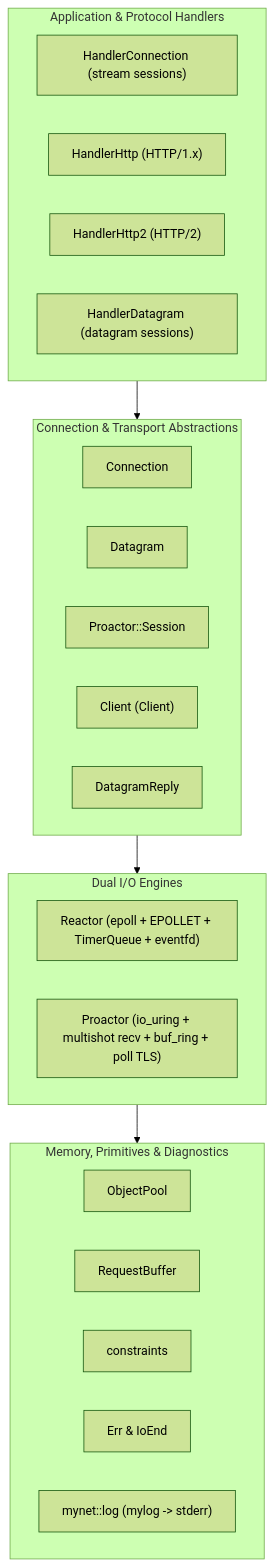
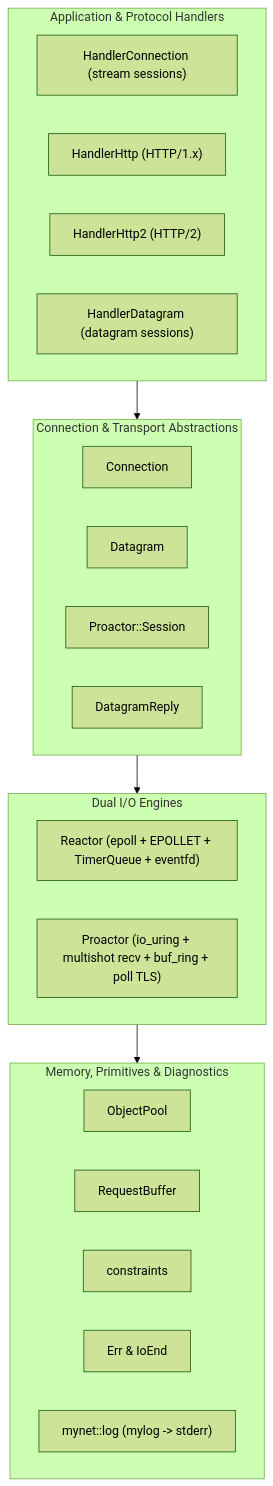
The diagram in README.md (printf033/mynet), drawn with Mermaid (forest theme) before and after one commit. The commit also changed other lines of this file and 35 other files, not shown here.

````diff
--- a/README.md
+++ b/README.md
@@ -77,38 +75,37 @@
 ```mermaid
 flowchart TD
     subgraph App ["Application & Protocol Handlers"]
         direction LR
         ConnHandler["HandlerConnection (stream sessions)"]
         HandlerHttp["HandlerHttp (HTTP/1.x)"]
         Mux["HandlerHttp2<StreamHandler> (HTTP/2)"]
         DatagramHandler["HandlerDatagram (datagram sessions)"]
     end
 
     subgraph Core ["Connection & Transport Abstractions"]
         direction LR
         Conn["Connection<Handler>"]
         Dgram["Datagram<Handler>"]
         Session["Proactor::Session"]
-        PeerCl["Client<Event> (Client)"]
         Datagram["DatagramReply"]
     end
 
     subgraph Engine ["Dual I/O Engines"]
         direction LR
         ReactorEngine["Reactor (epoll + EPOLLET + TimerQueue + eventfd)"]
         ProactorEngine["Proactor (io_uring + multishot recv + buf_ring + poll TLS)"]
     end
 
     subgraph Foundation ["Memory, Primitives & Diagnostics"]
         direction LR
         Pool["ObjectPool<T>"]
         Buf["RequestBuffer"]
         Constraints["constraints"]
         Err["Err & IoEnd"]
         Log["mynet::log (mylog -> stderr)"]
     end
 
     App --> Core
     Core --> Engine
     Engine --> Foundation
 ```
````
